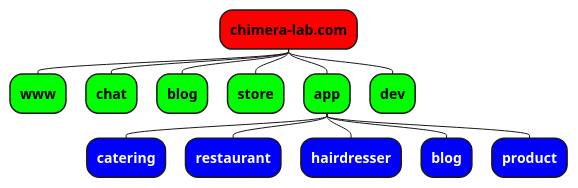
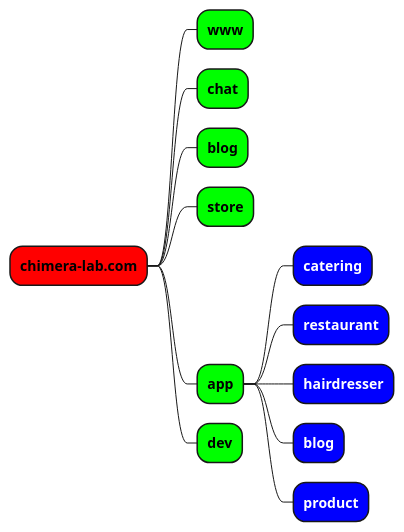
Before and after one commit to chimera-lab/chimera-lab.org: the diagram in .github/domains.puml, drawn with PlantUML. The commit also changed 72 other files, not shown here.

```diff
--- a/.github/domains.puml
+++ b/.github/domains.puml
@@ -1,41 +1,40 @@
-@startmindmap tst
+@startmindmap Domains
+
 <style>
 mindmapDiagram { 
     node {
         BackgroundColor #FF0000
     }
     :depth(1) {
         BackgroundColor #00FF00
     }
     :depth(2) {
         BackgroundColor #0000FF
         FontColor white
     }
     :depth(3) {
         BackgroundColor #FFFF00
     }
     :depth(4) {
         BackgroundColor #FF00FF
     }
     :depth(5) {
         BackgroundColor #00FFFF
     }
 }
 </style>
 
-top to bottom direction
-
 + **chimera-lab.com**
 ++ **www**
 ++ **chat**
 ++ **blog**
 ++ **store**
 ++ **app**
 +++ **catering**
 +++ **restaurant**
 +++ **hairdresser**
 +++ **blog**
 +++ **product**
 ++ **dev**
 
 @endmindmap
```
